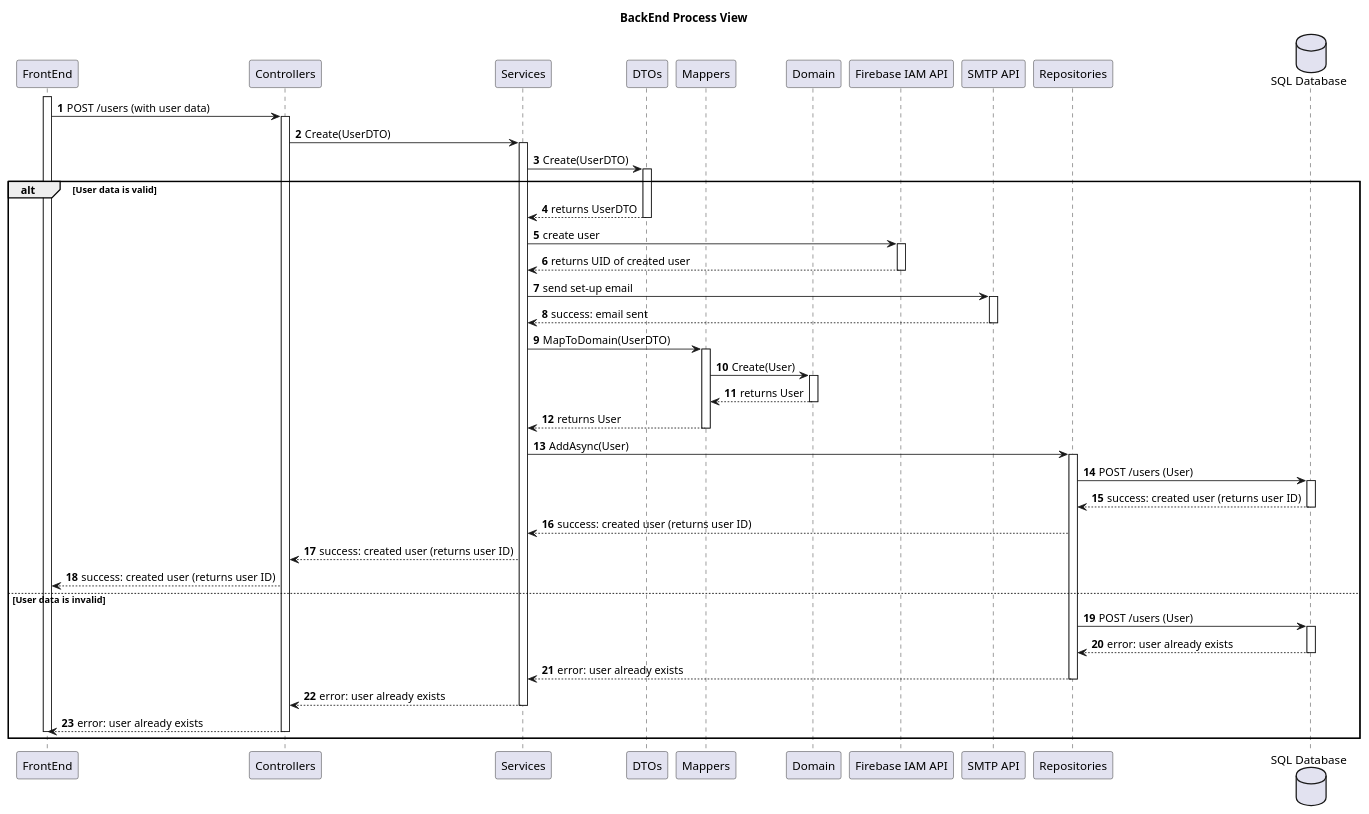
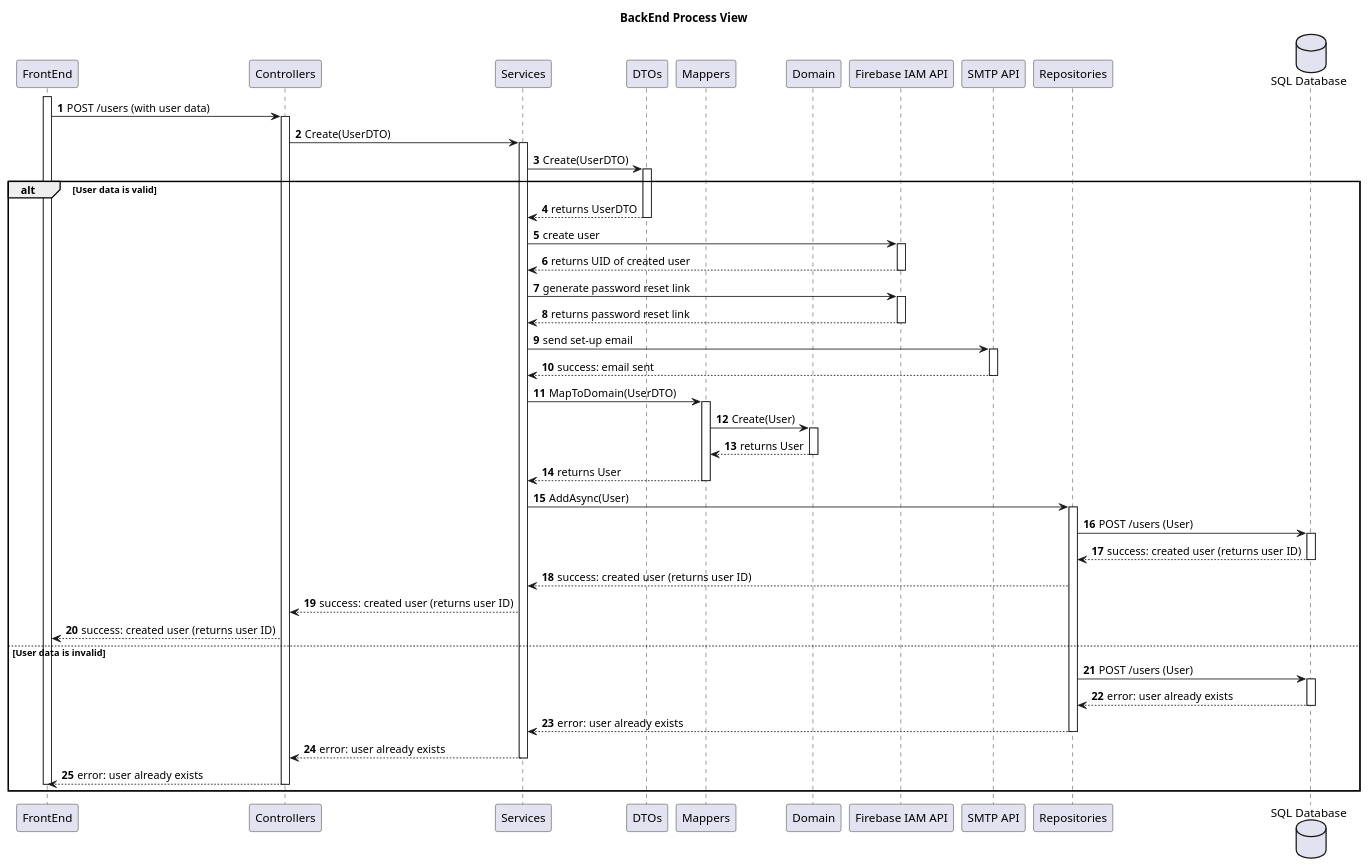
Before and after one commit to MiguelCardoso77/SurgicalSync-BackEnd: the diagram in docs/SprintA/1-register-backoffice-users/level3/backend-process-view.puml, drawn with PlantUML. The commit also changed 4 other files, not shown here.

Commit message:
#1 Adding method to generate password reset link.

```diff
--- a/docs/SprintA/1-register-backoffice-users/level3/backend-process-view.puml
+++ b/docs/SprintA/1-register-backoffice-users/level3/backend-process-view.puml
@@ -1,89 +1,95 @@
 @startuml
 autonumber
 
 title BackEnd Process View
 
 participant "FrontEnd" as FE
 participant "Controllers" as CN
 participant "Services" as SV
 participant "DTOs" as DTO
 participant "Mappers" as MP
 participant "Domain" as DM
 participant "Firebase IAM API" as IAM
 participant "SMTP API" as SMTP
 participant "Repositories" as REPO
 database "SQL Database" as SQL
 
 activate FE
     FE -> CN: POST /users (with user data)
     activate CN
     
         CN -> SV : Create(UserDTO)
         activate SV
         
             SV -> DTO : Create(UserDTO)
             activate DTO
             
 alt User data is valid
             
                 DTO --> SV : returns UserDTO
             deactivate DTO
             
             SV -> IAM : create user
             activate IAM
             
                 IAM --> SV : returns UID of created user
+            deactivate IAM
+            
+            SV -> IAM : generate password reset link
+            activate IAM
+            
+                IAM --> SV : returns password reset link
             deactivate IAM
             
             SV -> SMTP : send set-up email
             activate SMTP
             
                 SMTP --> SV : success: email sent
             deactivate
             
             SV -> MP : MapToDomain(UserDTO)
             activate MP
             
                 MP -> DM : Create(User)
                 activate DM
                      
                     DM --> MP : returns User
                 deactivate DM
             
                 MP --> SV : returns User
             deactivate MP
                 
             SV -> REPO : AddAsync(User)
             activate REPO
             
                 REPO -> SQL : POST /users (User)
                 activate SQL
                 
                     SQL --> REPO : success: created user (returns user ID)
                 deactivate SQL
                 
                 REPO --> SV : success: created user (returns user ID)
             
 
             SV --> CN : success: created user (returns user ID) 
         FE <-- CN: success: created user (returns user ID) 
 
 else User data is invalid
 
                 REPO -> SQL : POST /users (User)
                 activate SQL
                 
                     SQL --> REPO : error: user already exists
                 deactivate SQL
                 
         REPO --> SV : error: user already exists
             deactivate REPO
             SV --> CN : error: user already exists
         deactivate SV
         FE <-- CN: error: user already exists
     deactivate CN     
                
 deactivate FE
 end
 
 @enduml
```
